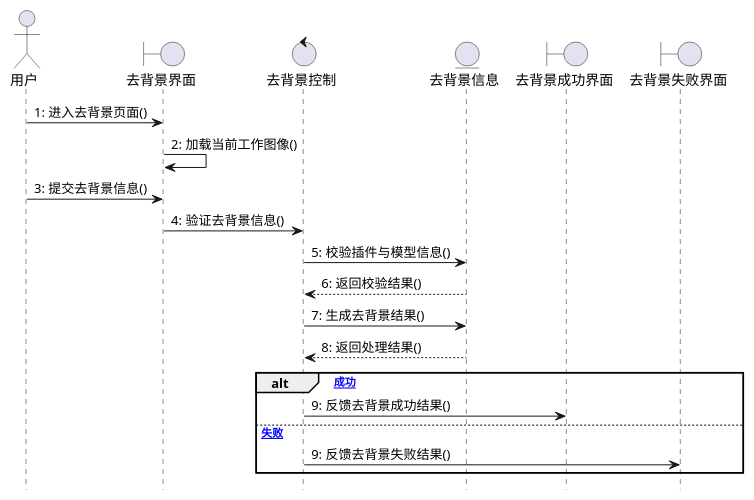
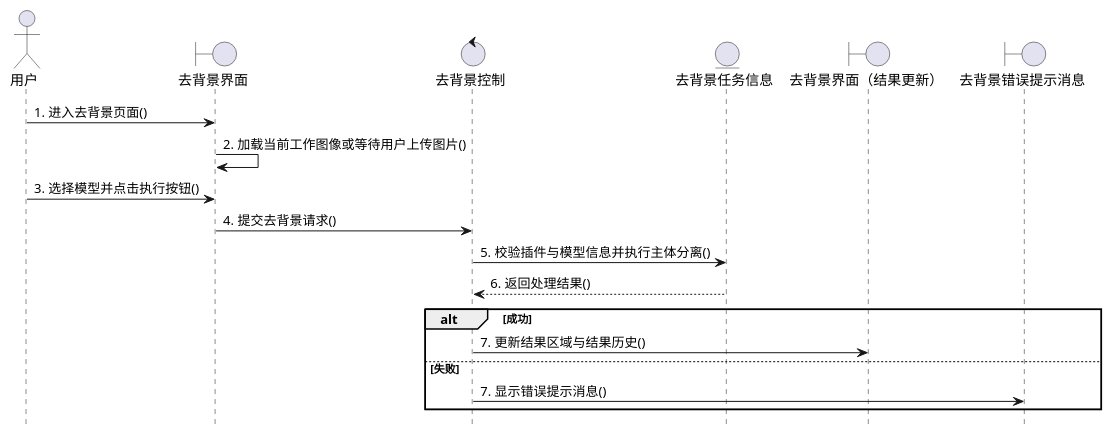
One commit to LyferLu/Artie changed the seventh of 16 diagrams in doc/paper.md. Above: the diagram before and after it, drawn with PlantUML. The commit also changed other lines of this file, not shown here.

````diff
--- a/doc/paper.md
+++ b/doc/paper.md
@@ -834,25 +861,23 @@
 ```plantuml
 @startuml
 hide footbox
 actor 用户
 boundary "去背景界面" as B5
 control "去背景控制" as C5
-entity "去背景信息" as E5
-boundary "去背景成功界面" as BS5
-boundary "去背景失败界面" as BF5
+entity "去背景任务信息" as E5
+boundary "去背景界面（结果更新）" as BS5
+boundary "去背景错误提示消息" as BF5
 
-用户 -> B5 : 1: 进入去背景页面()
-B5 -> B5 : 2: 加载当前工作图像()
-用户 -> B5 : 3: 提交去背景信息()
-B5 -> C5 : 4: 验证去背景信息()
-C5 -> E5 : 5: 校验插件与模型信息()
-E5 --> C5 : 6: 返回校验结果()
-C5 -> E5 : 7: 生成去背景结果()
-E5 --> C5 : 8: 返回处理结果()
-alt [成功]
-  C5 -> BS5 : 9: 反馈去背景成功结果()
-else [失败]
-  C5 -> BF5 : 9: 反馈去背景失败结果()
+用户 -> B5 : 1. 进入去背景页面()
+B5 -> B5 : 2. 加载当前工作图像或等待用户上传图片()
+用户 -> B5 : 3. 选择模型并点击执行按钮()
+B5 -> C5 : 4. 提交去背景请求()
+C5 -> E5 : 5. 校验插件与模型信息并执行主体分离()
+E5 --> C5 : 6. 返回处理结果()
+alt 成功
+  C5 -> BS5 : 7. 更新结果区域与结果历史()
+else 失败
+  C5 -> BF5 : 7. 显示错误提示消息()
 end
 @enduml
 ```
````
